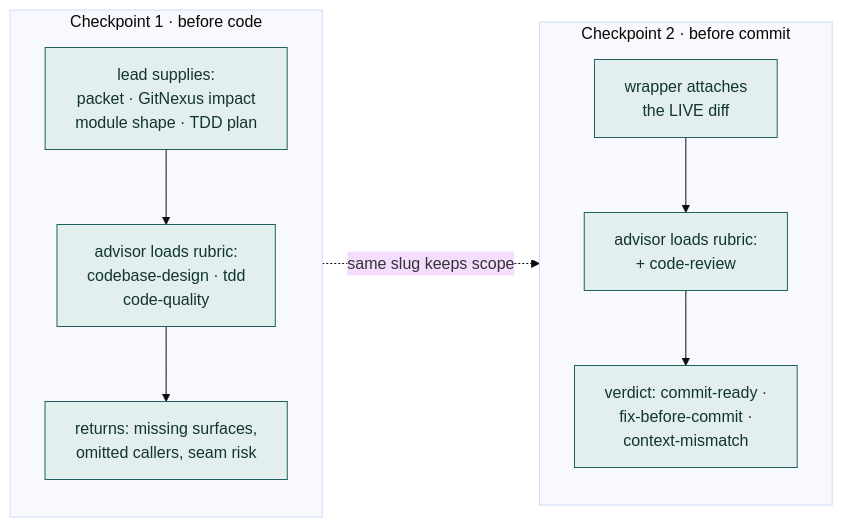
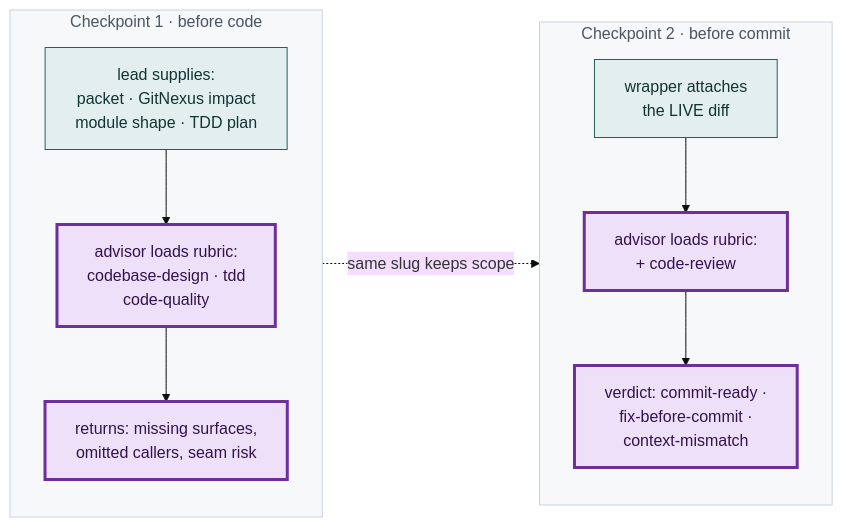
One commit to future3OOO/claude-skills changed the second of 3 diagrams in skills/repo-production-workflow/WORKFLOW-MAP.md. Above: the diagram before and after it, drawn with Mermaid (base theme). The commit also changed other lines of this file, not shown here.

First line of the commit message:
docs(repo-production-workflow): make the advisor rounds visually critical

````diff
--- a/skills/repo-production-workflow/WORKFLOW-MAP.md
+++ b/skills/repo-production-workflow/WORKFLOW-MAP.md
@@ -97,21 +104,25 @@
 ```mermaid
 flowchart LR
   subgraph BEFORE["Checkpoint 1 · before code"]
     direction TB
     S1["lead supplies:<br/>packet · GitNexus impact<br/>module shape · TDD plan"]
     S2["advisor loads rubric:<br/>codebase-design · tdd<br/>code-quality"]
     S3["returns: missing surfaces,<br/>omitted callers, seam risk"]
     S1 --> S2 --> S3
   end
   subgraph AFTER["Checkpoint 2 · before commit"]
     direction TB
     T1["wrapper attaches<br/>the LIVE diff"]
     T2["advisor loads rubric:<br/>+ code-review"]
     T3["verdict: commit-ready ·<br/>fix-before-commit ·<br/>context-mismatch"]
     T1 --> T2 --> T3
   end
   BEFORE -.->|same slug keeps scope| AFTER
 
+  classDef advisor fill:#efe0fa,stroke:#6d2f9c,color:#33124d,stroke-width:3px
   classDef step fill:#e2efee,stroke:#20605f,color:#123433
-  class S1,S2,S3,T1,T2,T3 step
+  classDef phase fill:#f6f8fa,stroke:#c9d3de,color:#4a5561
+  class S1,T1 step
+  class S2,S3,T2,T3 advisor
+  class BEFORE,AFTER phase
 ```
````
